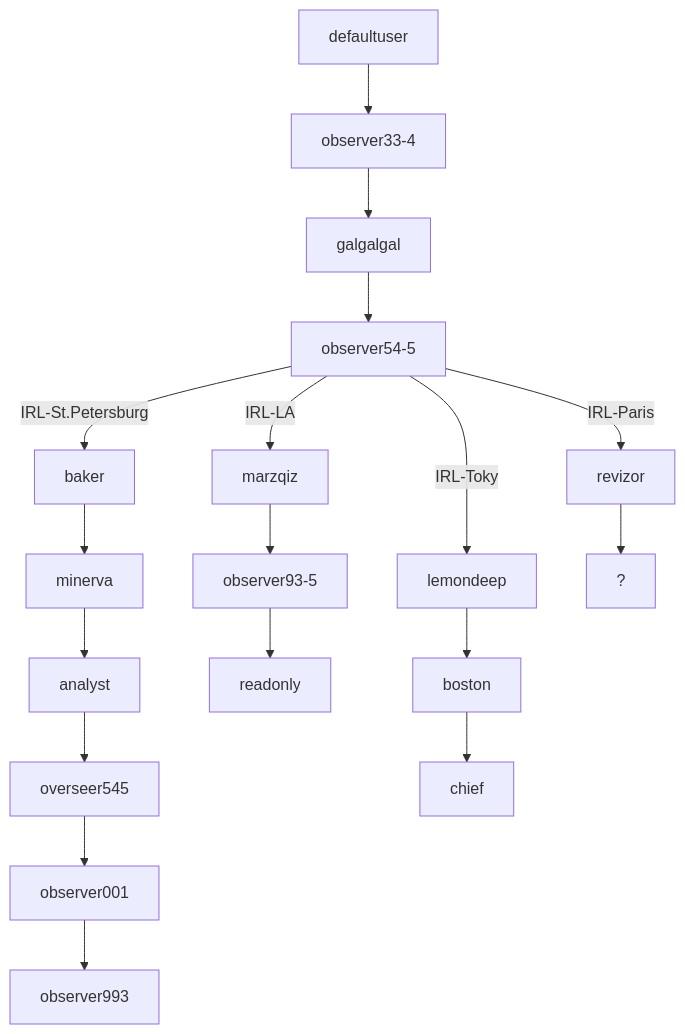
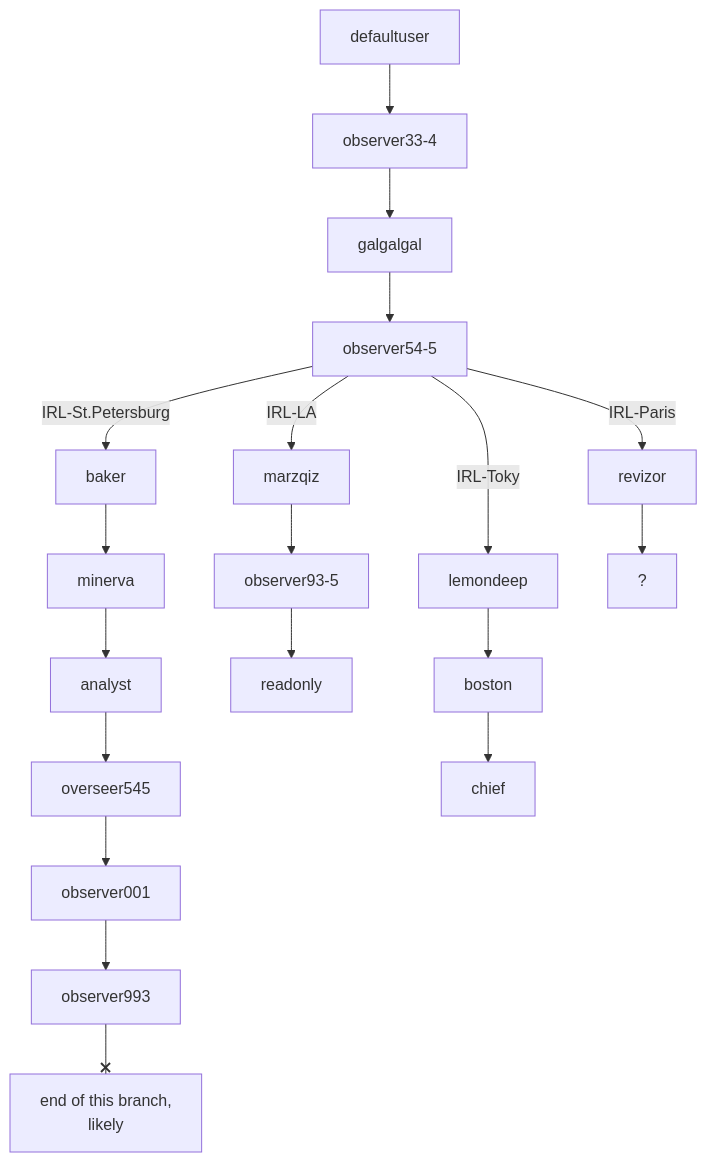
One commit to Philsie/ARRS-documentation changed the diagram in README.md. Above: the diagram before and after it, drawn with Mermaid. The commit also changed other lines of this file, not shown here.

````diff
--- a/README.md
+++ b/README.md
@@ -24,20 +24,21 @@
 ```mermaid
 graph TD;
     defaultuser-->observer33-4;
     observer33-4-->galgalgal;
     galgalgal-->observer54-5;
     observer54-5--IRL-Paris-->revizor;
     observer54-5--IRL-LA-->marzqiz;
     observer54-5--IRL-St.Petersburg-->baker;
     observer54-5--IRL-Tokyo-->lemondeep;
     baker-->minerva;
     minerva-->analyst;
     analyst-->overseer545;
     overseer545-->observer001;
     observer001-->observer993;
+    observer993 --x russiaEnd["end of this branch,\n likely"]
     marzqiz-->observer93-5;
     observer93-5-->readonly;
     revizor-->?;
     lemondeep-->boston;
     boston-->chief;
 ```
````
